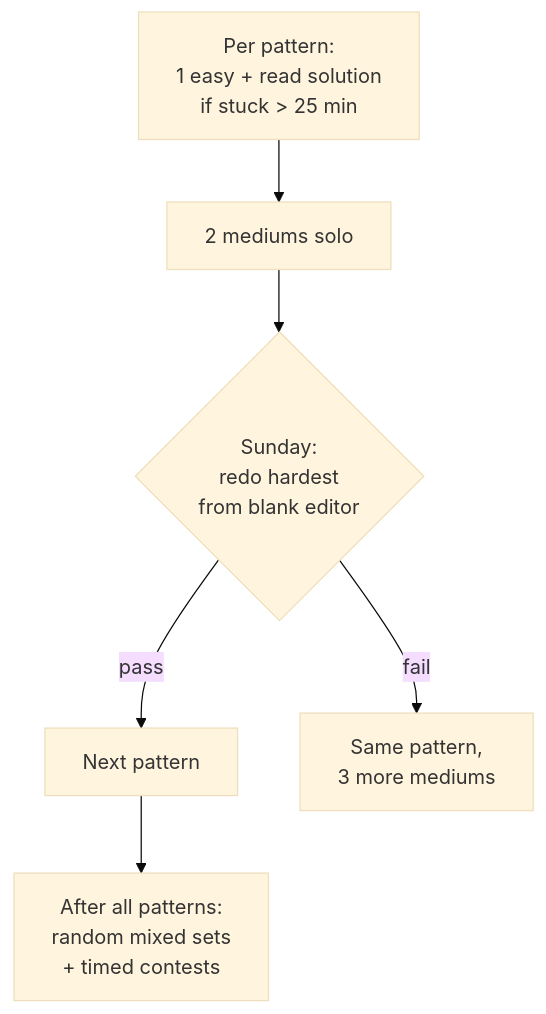
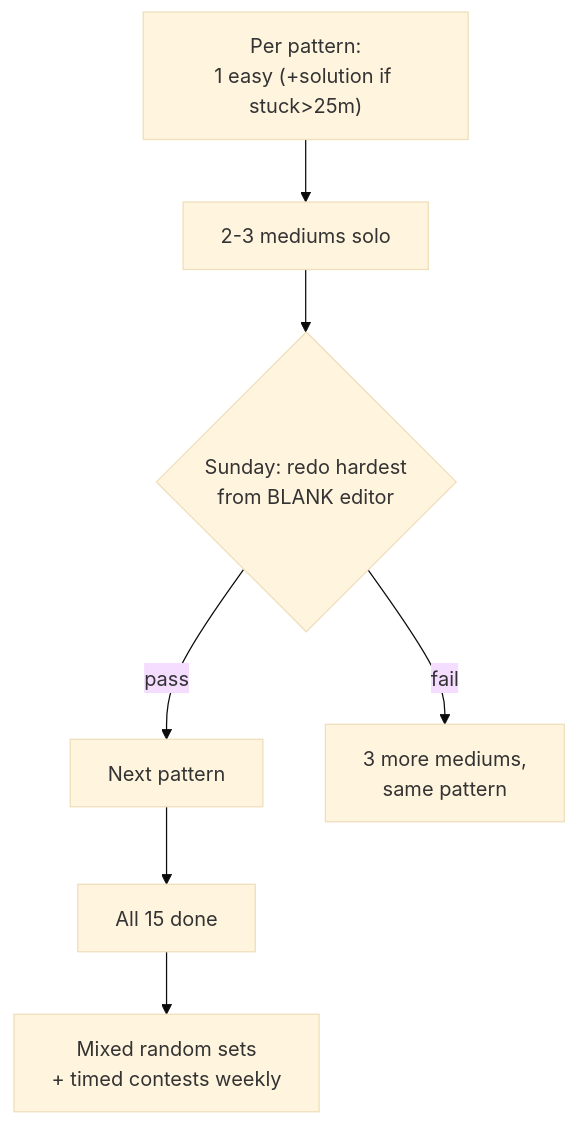
The second of 2 diagrams in wiki/modules/programming/dsa-interview-playbook.md (Anirudh-2810/Second-Brain), drawn with Mermaid (base theme) before and after one commit. The commit also changed other lines of this file and 6 other files, not shown here.

````diff
--- a/wiki/modules/programming/dsa-interview-playbook.md
+++ b/wiki/modules/programming/dsa-interview-playbook.md
@@ -41,8 +73,8 @@
 ```mermaid
 flowchart TD
-    W["Per pattern:<br/>1 easy + read solution<br/>if stuck > 25 min"] --> X["2 mediums solo"]
-    X --> Y{"Sunday:<br/>redo hardest<br/>from blank editor"}
-    Y -- pass --> Z["Next pattern"]
-    Y -- fail --> Y2["Same pattern,<br/>3 more mediums"]
-    Z --> W2["After all patterns:<br/>random mixed sets<br/>+ timed contests"]
+    W["Per pattern:<br/>1 easy (+solution if stuck>25m)"] --> X["2-3 mediums solo"]
+    X --> Y{"Sunday: redo hardest<br/>from BLANK editor"}
+    Y -->|"pass"| Z["Next pattern"]
+    Y -->|"fail"| Y2["3 more mediums,<br/>same pattern"]
+    Z --> ALL["All 15 done"] --> MIX["Mixed random sets<br/>+ timed contests weekly"]
 ```
````
